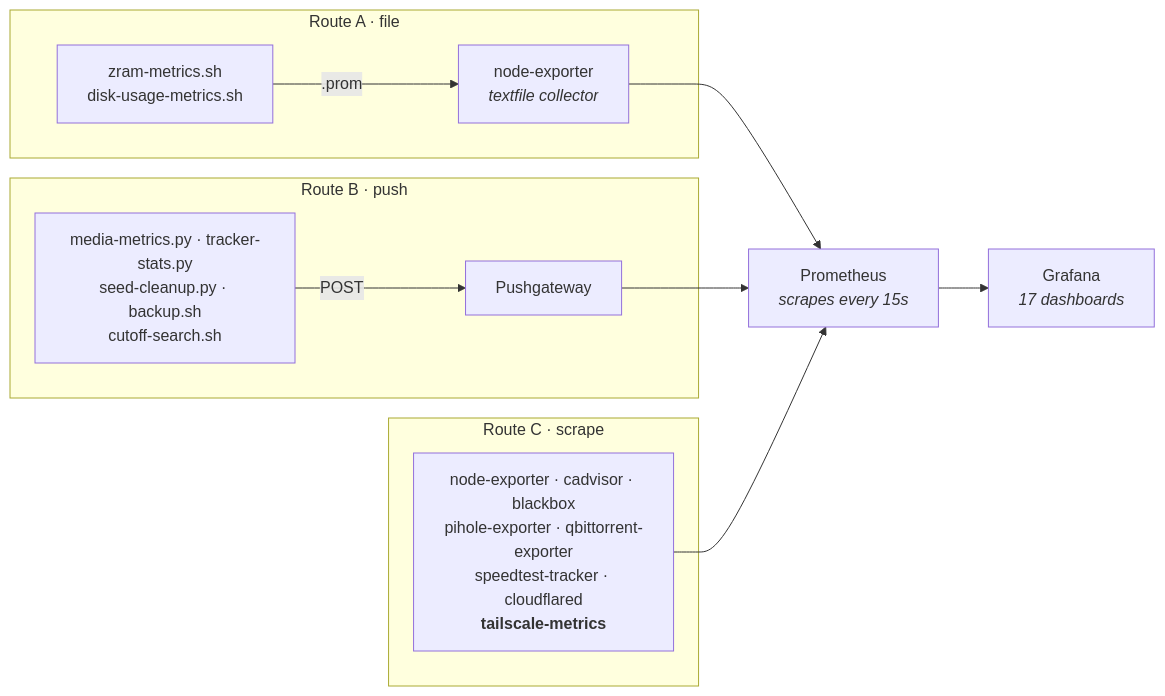
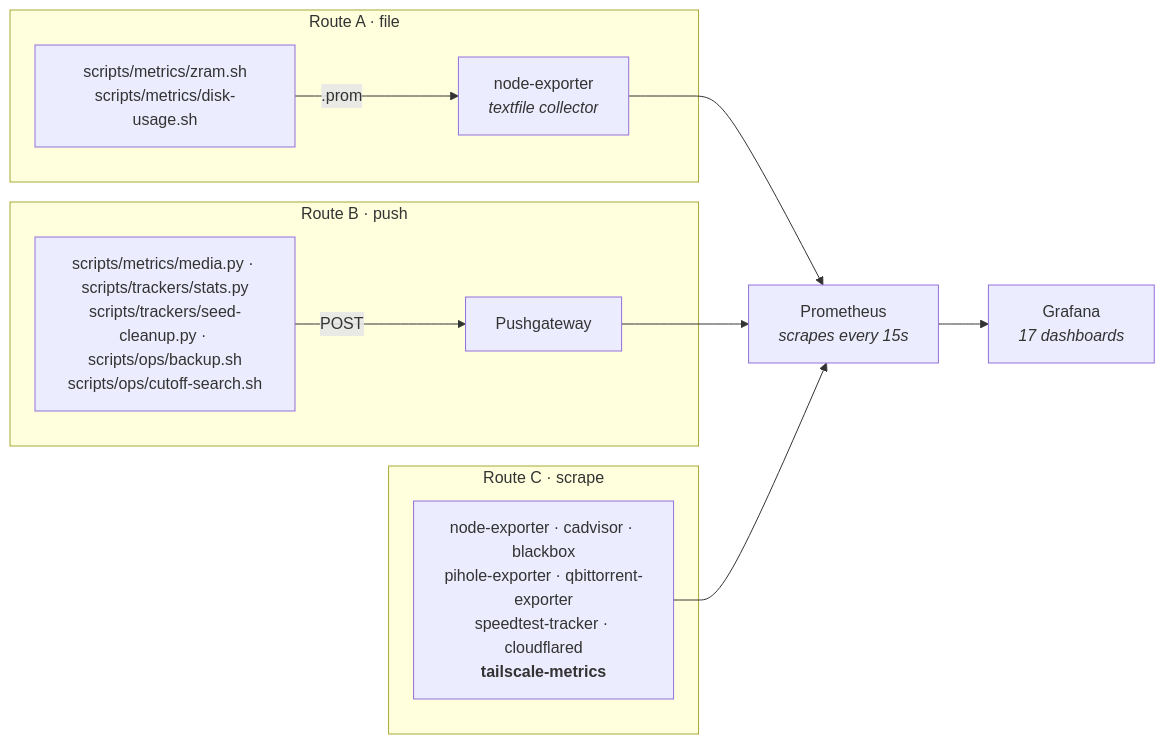
Before and after one commit to PlatanosVerdes/rpi-homeserver: the seventh of 7 diagrams in docs/architecture.md, drawn with Mermaid. The commit also changed other lines of this file and 48 other files, not shown here.

````diff
--- a/docs/architecture.md
+++ b/docs/architecture.md
@@ -266,16 +266,16 @@
 ```mermaid
 flowchart LR
   subgraph A["Route A · file"]
-    S1["zram-metrics.sh<br/>disk-usage-metrics.sh"] -->|.prom| NE["node-exporter<br/><i>textfile collector</i>"]
+    S1["scripts/metrics/zram.sh<br/>scripts/metrics/disk-usage.sh"] -->|.prom| NE["node-exporter<br/><i>textfile collector</i>"]
   end
   subgraph B["Route B · push"]
-    S2["media-metrics.py · tracker-stats.py<br/>seed-cleanup.py · backup.sh<br/>cutoff-search.sh"] -->|POST| PG["Pushgateway"]
+    S2["scripts/metrics/media.py · scripts/trackers/stats.py<br/>scripts/trackers/seed-cleanup.py · scripts/ops/backup.sh<br/>scripts/ops/cutoff-search.sh"] -->|POST| PG["Pushgateway"]
   end
   subgraph C["Route C · scrape"]
     EX["node-exporter · cadvisor · blackbox<br/>pihole-exporter · qbittorrent-exporter<br/>speedtest-tracker · cloudflared<br/><b>tailscale-metrics</b>"]
   end
   NE --> PROM
   PG --> PROM
   EX --> PROM
   PROM["Prometheus<br/><i>scrapes every 15s</i>"] --> GR["Grafana<br/><i>17 dashboards</i>"]
 ```
````
